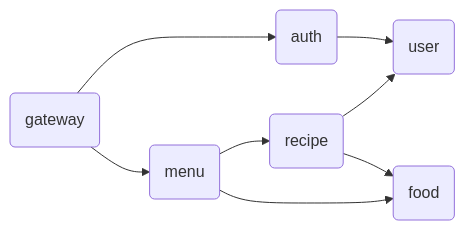
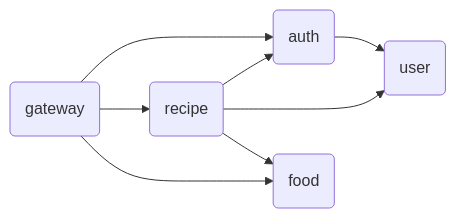
One commit to moromin/PFC-balancer changed the diagram in README.md. Above: the diagram before and after it, drawn with Mermaid. The commit also changed other lines of this file, not shown here.

Commit message:
docs: remove menu descriptions

````diff
--- a/README.md
+++ b/README.md
@@ -6,10 +6,10 @@
 ```mermaid
 graph LR;
     A(gateway) --> B(auth)
-    A --> C(menu)
-    B --> D(user)
-    C --> E(recipe)
-    E --> D
-    E --> F(food)
-    C --> F
+    B --> C(user)
+    A --> D(recipe)
+    D --> B
+    D --> C
+    D --> E(food)
+    A --> E
 ```
````
